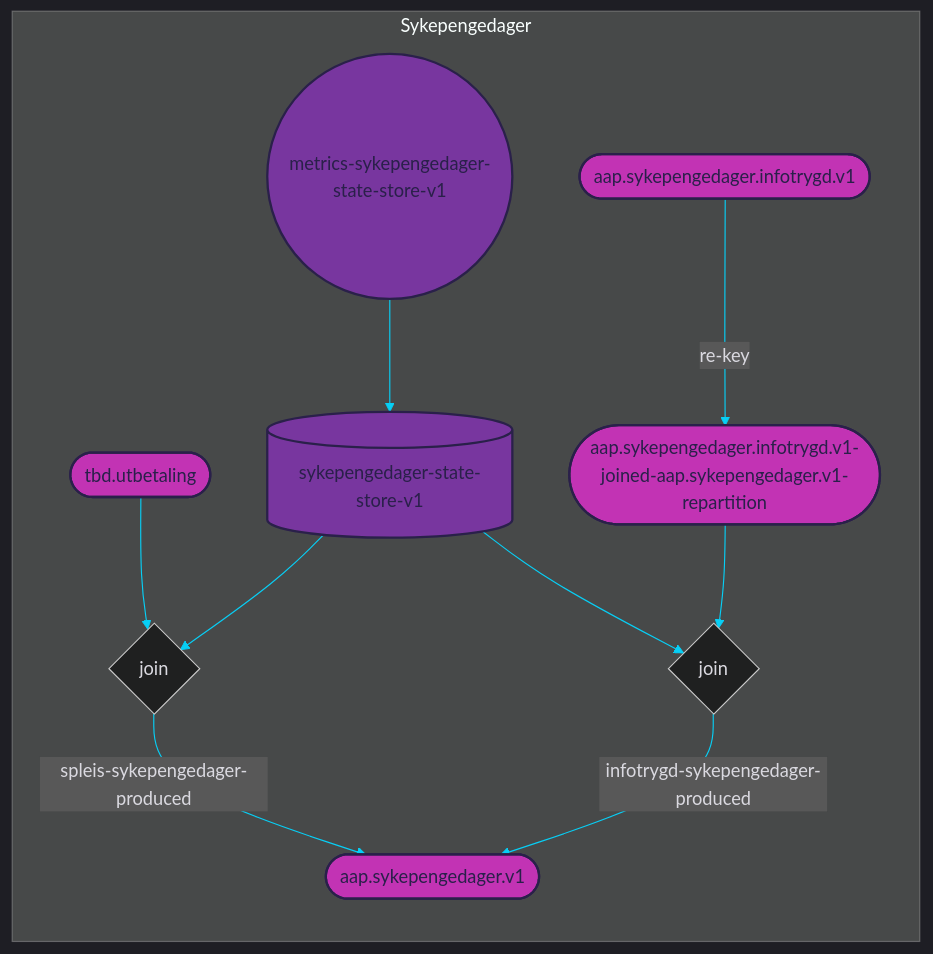
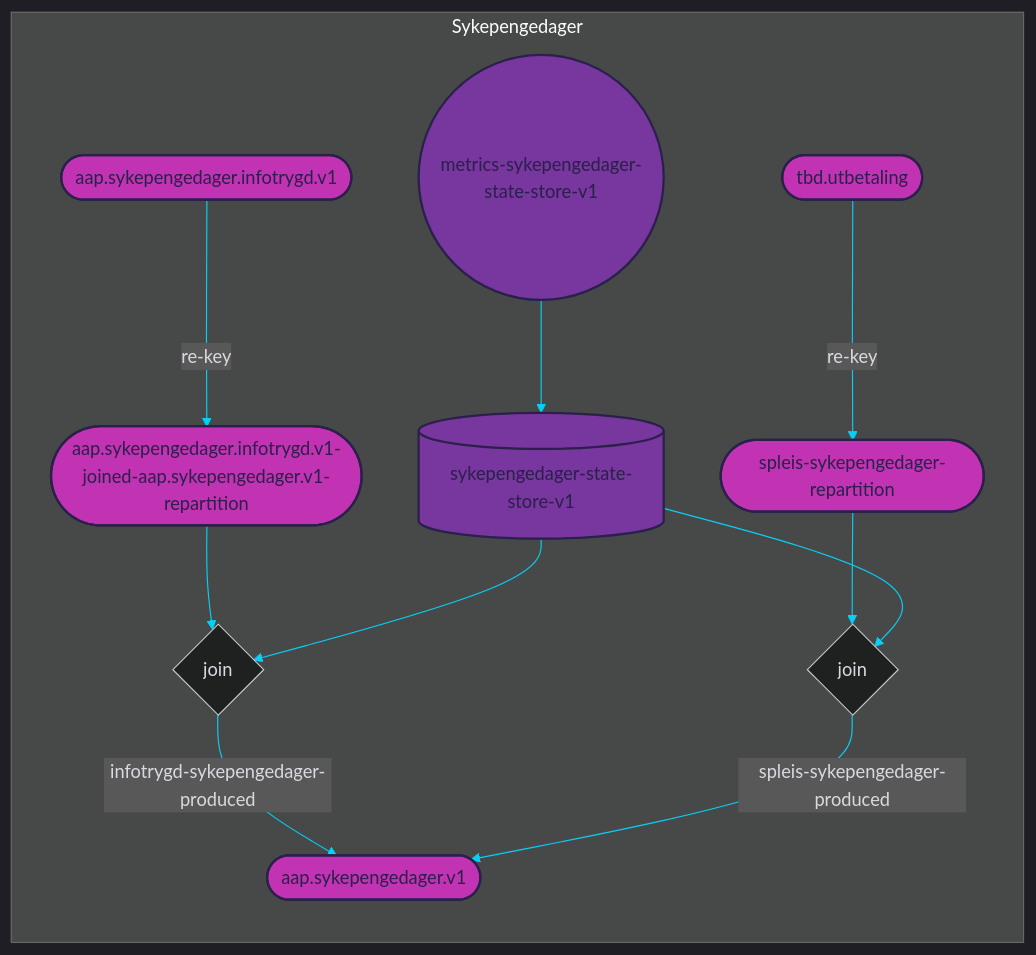
One commit to navikt/aap-sykepengedager changed the diagram in doc/topology.mermaid. Above: the diagram before and after it, drawn with Mermaid. The commit also changed 2 other files, not shown here.

```diff
--- a/doc/topology.mermaid
+++ b/doc/topology.mermaid
@@ -1,51 +1,54 @@
 
 %%{init: {'theme': 'dark', 'themeVariables': { 'primaryColor': '#07cff6', 'textColor': '#dad9e0', 'lineColor': '#07cff6'}}}%%
 
 graph LR
 
 subgraph Sykepengedager
     %% TOPICS
-    tbd.utbetaling([tbd.utbetaling])
-	aap.sykepengedager.infotrygd.v1-joined-aap.sykepengedager.v1-repartition([aap.sykepengedager.infotrygd.v1-joined-aap.sykepengedager.v1-repartition])
+    aap.sykepengedager.infotrygd.v1-joined-aap.sykepengedager.v1-repartition([aap.sykepengedager.infotrygd.v1-joined-aap.sykepengedager.v1-repartition])
 	aap.sykepengedager.v1([aap.sykepengedager.v1])
+	spleis-sykepengedager-repartition([spleis-sykepengedager-repartition])
+	tbd.utbetaling([tbd.utbetaling])
 	aap.sykepengedager.infotrygd.v1([aap.sykepengedager.infotrygd.v1])
     
     %% JOINS
     join-0{join}
 	join-1{join}
     
     %% STATE STORES
     sykepengedager-state-store-v1[(sykepengedager-state-store-v1)]
     
     %% PROCESSOR API JOBS
     metrics-sykepengedager-state-store-v1((metrics-sykepengedager-state-store-v1))
     
     %% JOIN STREAMS
     aap.sykepengedager.infotrygd.v1-joined-aap.sykepengedager.v1-repartition --> join-0
 	sykepengedager-state-store-v1 --> join-0
 	join-0 --> |infotrygd-sykepengedager-produced| aap.sykepengedager.v1
-	tbd.utbetaling --> join-1
+	spleis-sykepengedager-repartition --> join-1
 	sykepengedager-state-store-v1 --> join-1
 	join-1 --> |spleis-sykepengedager-produced| aap.sykepengedager.v1
     
     %% JOB STREAMS
     metrics-sykepengedager-state-store-v1 --> sykepengedager-state-store-v1
     
     %% REPARTITION STREAMS
-    aap.sykepengedager.infotrygd.v1 --> |re-key| aap.sykepengedager.infotrygd.v1-joined-aap.sykepengedager.v1-repartition
+    tbd.utbetaling --> |re-key| spleis-sykepengedager-repartition
+	aap.sykepengedager.infotrygd.v1 --> |re-key| aap.sykepengedager.infotrygd.v1-joined-aap.sykepengedager.v1-repartition
 end
 
 %% COLORS
 %% light    #dad9e0
 %% purple   #78369f
 %% pink     #c233b4
 %% dark     #2a204a
 %% blue     #07cff6
 
 %% STYLES
-style tbd.utbetaling fill:#c233b4, stroke:#2a204a, stroke-width:2px, color:#2a204a
 style aap.sykepengedager.infotrygd.v1-joined-aap.sykepengedager.v1-repartition fill:#c233b4, stroke:#2a204a, stroke-width:2px, color:#2a204a
 style aap.sykepengedager.v1 fill:#c233b4, stroke:#2a204a, stroke-width:2px, color:#2a204a
+style spleis-sykepengedager-repartition fill:#c233b4, stroke:#2a204a, stroke-width:2px, color:#2a204a
+style tbd.utbetaling fill:#c233b4, stroke:#2a204a, stroke-width:2px, color:#2a204a
 style aap.sykepengedager.infotrygd.v1 fill:#c233b4, stroke:#2a204a, stroke-width:2px, color:#2a204a
 style sykepengedager-state-store-v1 fill:#78369f, stroke:#2a204a, stroke-width:2px, color:#2a204a
 style metrics-sykepengedager-state-store-v1 fill:#78369f, stroke:#2a204a, stroke-width:2px, color:#2a204a
```
